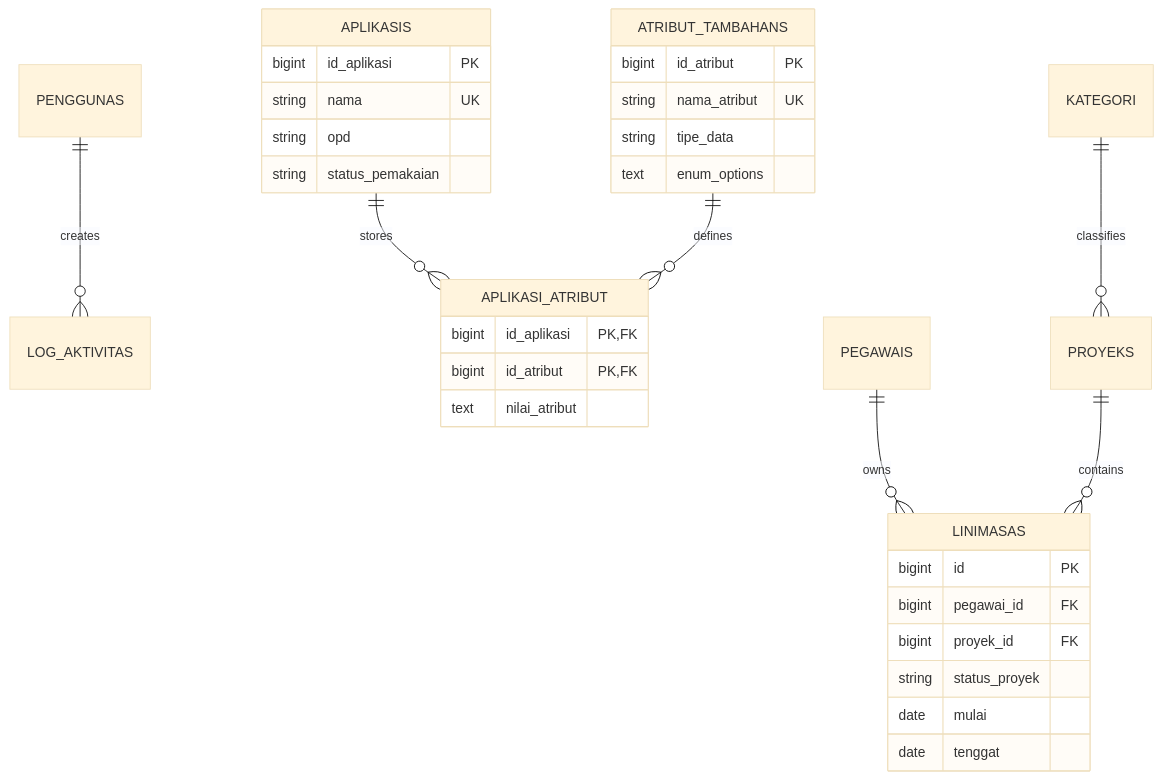
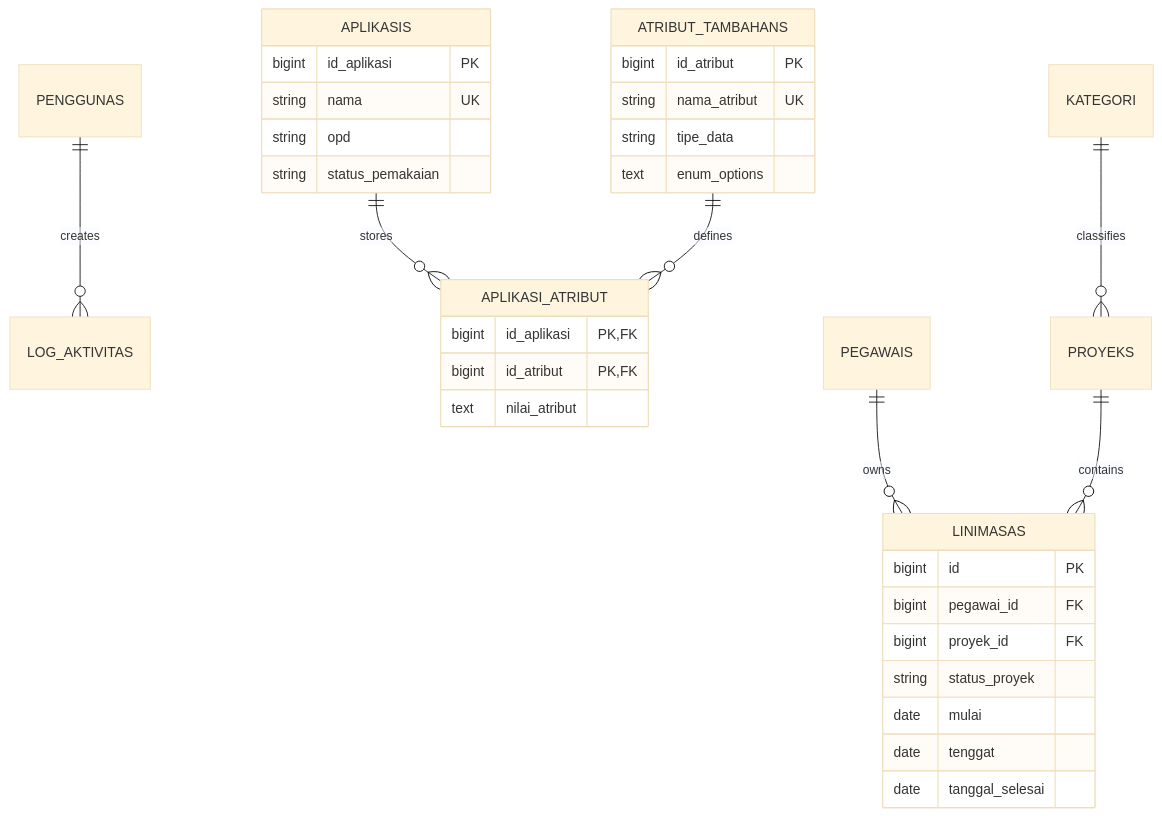
Before and after one commit to abiekaputra/simonika: the diagram in docs/data-model.md, drawn with Mermaid (base theme). The commit also changed other lines of this file and 42 other files, not shown here.

````diff
--- a/docs/data-model.md
+++ b/docs/data-model.md
@@ -3,35 +3,36 @@
 ```mermaid
 erDiagram
     PENGGUNAS ||--o{ LOG_AKTIVITAS : creates
     APLIKASIS ||--o{ APLIKASI_ATRIBUT : stores
     ATRIBUT_TAMBAHANS ||--o{ APLIKASI_ATRIBUT : defines
     PEGAWAIS ||--o{ LINIMASAS : owns
     PROYEKS ||--o{ LINIMASAS : contains
     KATEGORI ||--o{ PROYEKS : classifies
 
     APLIKASIS {
         bigint id_aplikasi PK
         string nama UK
         string opd
         string status_pemakaian
     }
     ATRIBUT_TAMBAHANS {
         bigint id_atribut PK
         string nama_atribut UK
         string tipe_data
         text enum_options
     }
     APLIKASI_ATRIBUT {
         bigint id_aplikasi PK,FK
         bigint id_atribut PK,FK
         text nilai_atribut
     }
     LINIMASAS {
         bigint id PK
         bigint pegawai_id FK
         bigint proyek_id FK
         string status_proyek
         date mulai
         date tenggat
+        date tanggal_selesai
     }
 ```
````
